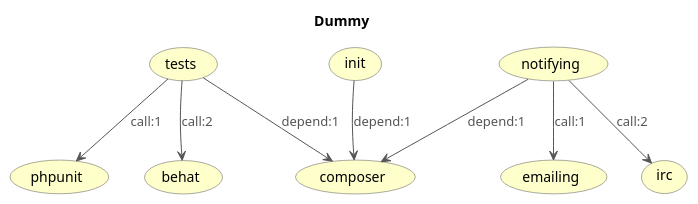
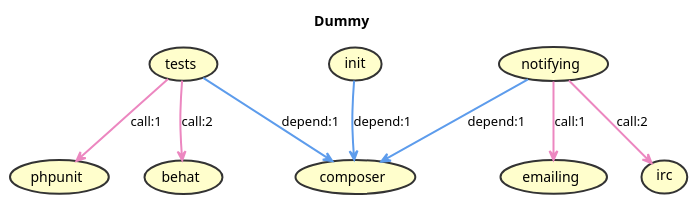
The diagram in resources/puml/dummy.puml (jawira/phing-visualizer), drawn with PlantUML before and after one commit. The commit also changed 19 other files, not shown here.

```diff
--- a/resources/puml/dummy.puml
+++ b/resources/puml/dummy.puml
@@ -1,34 +1,29 @@
 @startuml
 
 title Dummy
-hide stereotype
-skinparam Arrow {
-Color #555555
-FontColor #555555
-}
-skinparam UseCase {
-BackgroundColor #FFFFCC
-BorderColor #555555
-}
+skinparam ArrowFontColor Black
+skinparam ArrowThickness 2
+skinparam UseCaseBackgroundColor #FFFECC
+skinparam UseCaseBorderColor #333333
+skinparam UseCaseBorderThickness 2
+skinparam UseCaseFontColor Black
 
-skinparam UseCase {
-BackgroundColor<< Dummy >> #FFFFCC
-}
-(init)<< Dummy >>
-(composer)<< Dummy >>
-(tests)<< Dummy >>
-(notifying)<< Dummy >>
-(emailing)<< Dummy >>
-(irc)<< Dummy >>
-(phpunit)<< Dummy >>
-(behat)<< Dummy >>
+(init)
+(composer)
+(tests)
+(notifying)
+(emailing)
+(irc)
+(phpunit)
+(behat)
 
 
-(init) --> (composer) : depend:1
-(tests) --> (phpunit) : call:1
-(tests) --> (behat) : call:2
-(tests) --> (composer) : depend:1
-(notifying) --> (emailing) : call:1
-(notifying) --> (irc) : call:2
-(notifying) --> (composer) : depend:1
+(init) -[#5D9CEC]-> (composer) : depend:1
+(tests) -[#EC87C0]-> (phpunit) : call:1
+(tests) -[#EC87C0]-> (behat) : call:2
+(tests) -[#5D9CEC]-> (composer) : depend:1
+(notifying) -[#EC87C0]-> (emailing) : call:1
+(notifying) -[#EC87C0]-> (irc) : call:2
+(notifying) -[#5D9CEC]-> (composer) : depend:1
+
 @enduml
```
